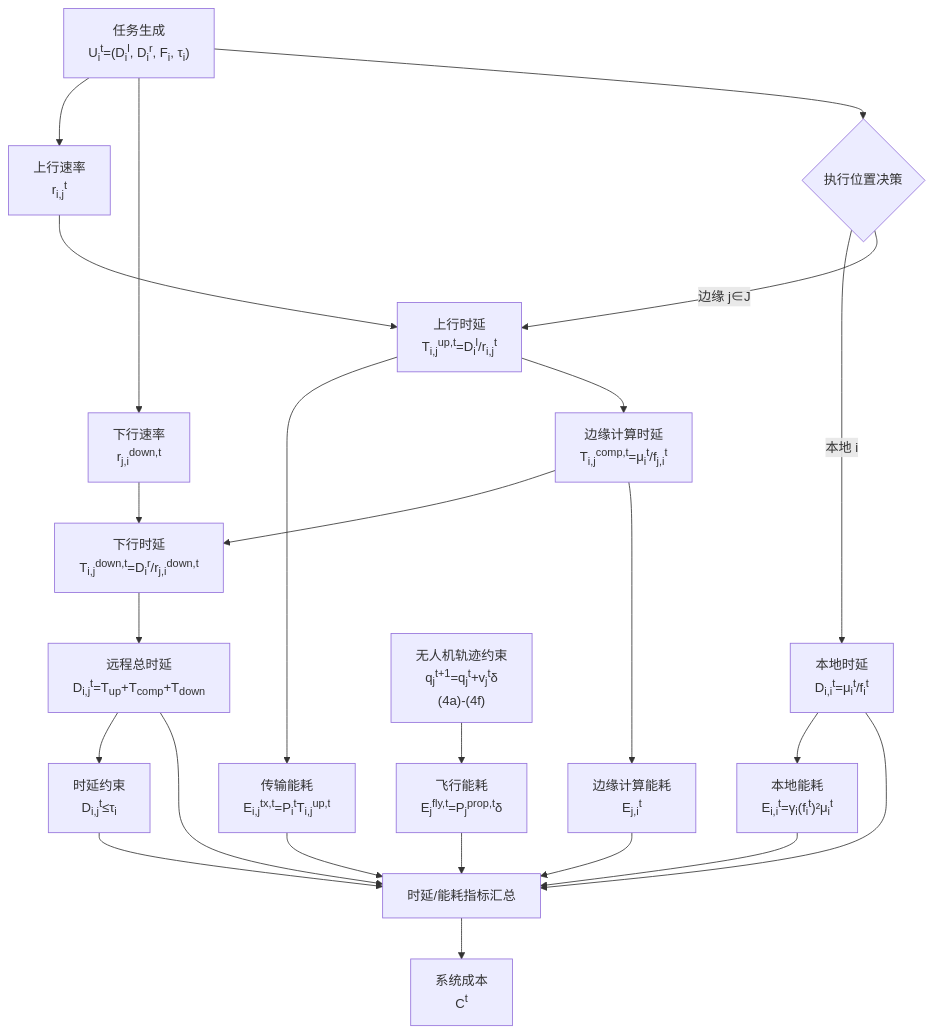
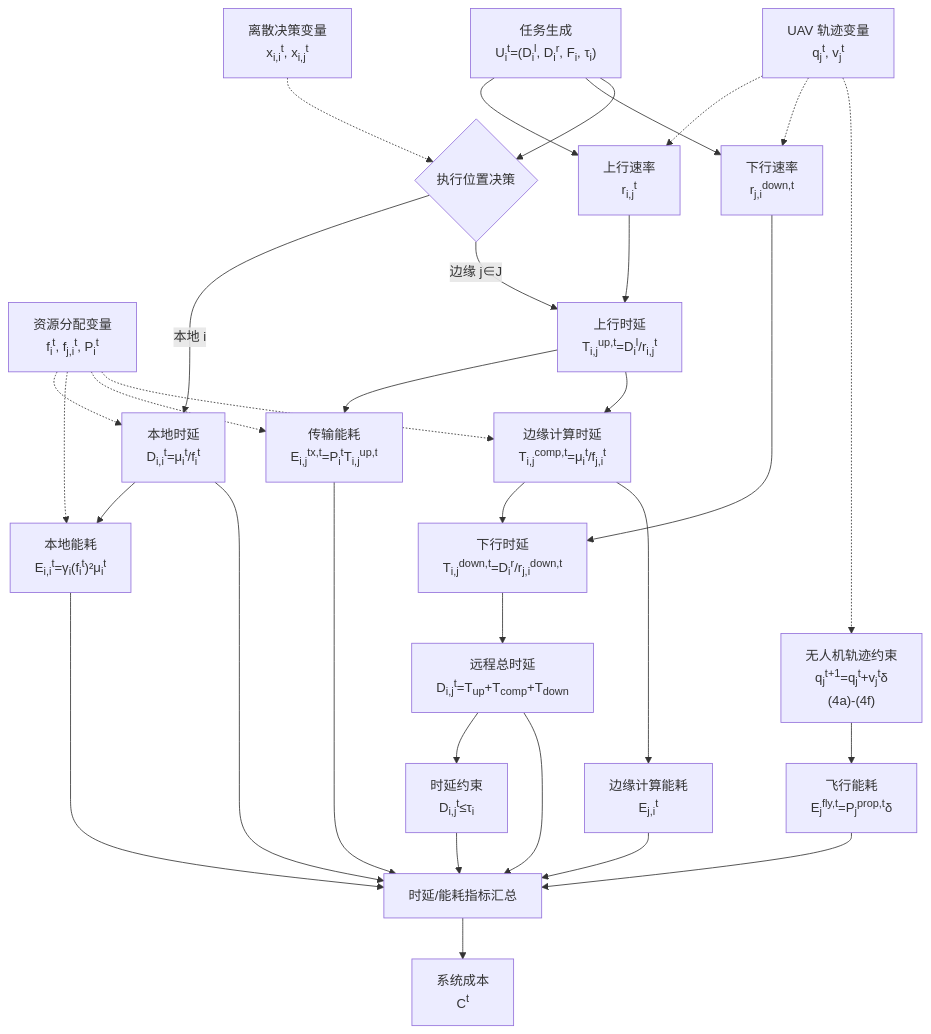
Before and after one commit to Daisy-1515/llm-guided-mod-optimization: the diagram in 文档/公式.md, drawn with Mermaid.

Commit message:
更新流程图：添加优化变量节点
- 添加三个优化变量节点（X, Y, Z）
- X: 离散决策变量 x_{i,i}^t, x_{i,j}^t
- Y: 资源分配变量 f_i^t, f_{j,i}^t, P_i^t
- Z: UAV 轨迹变量 q_j^t, v_j^t
- 使用虚线箭头连接变量到其影响的计算节点

````diff
--- a/文档/公式.md
+++ b/文档/公式.md
@@ -339,40 +339,51 @@
 ```mermaid
 flowchart TD
     A["任务生成<br/>U<sub>i</sub><sup>t</sup>=(D<sub>i</sub><sup>l</sup>, D<sub>i</sub><sup>r</sup>, F<sub>i</sub>, τ<sub>i</sub>)"]
     B["上行速率<br/>r<sub>i,j</sub><sup>t</sup>"]
     B2["下行速率<br/>r<sub>j,i</sub><sup>down,t</sup>"]
     C{"执行位置决策"}
+    X["离散决策变量<br/>x<sub>i,i</sub><sup>t</sup>, x<sub>i,j</sub><sup>t</sup>"]
+    Y["资源分配变量<br/>f<sub>i</sub><sup>t</sup>, f<sub>j,i</sub><sup>t</sup>, P<sub>i</sub><sup>t</sup>"]
+    Z["UAV 轨迹变量<br/>q<sub>j</sub><sup>t</sup>, v<sub>j</sub><sup>t</sup>"]
 
     A --> B
     A --> B2
     A --> C
+    X -.-> C
+    Z -.-> B
+    Z -.-> B2
 
     C -->|本地 i| D["本地时延<br/>D<sub>i,i</sub><sup>t</sup>=μ<sub>i</sub><sup>t</sup>/f<sub>i</sub><sup>t</sup>"]
     D --> F["本地能耗<br/>E<sub>i,i</sub><sup>t</sup>=γ<sub>i</sub>(f<sub>i</sub><sup>t</sup>)²μ<sub>i</sub><sup>t</sup>"]
 
     C -->|边缘 j∈J| U1["上行时延<br/>T<sub>i,j</sub><sup>up,t</sup>=D<sub>i</sub><sup>l</sup>/r<sub>i,j</sub><sup>t</sup>"]
     B --> U1
     U1 --> TX["传输能耗<br/>E<sub>i,j</sub><sup>tx,t</sup>=P<sub>i</sub><sup>t</sup>T<sub>i,j</sub><sup>up,t</sup>"]
     U1 --> U2["边缘计算时延<br/>T<sub>i,j</sub><sup>comp,t</sup>=μ<sub>i</sub><sup>t</sup>/f<sub>j,i</sub><sup>t</sup>"]
+    Y -.-> D
+    Y -.-> F
+    Y -.-> TX
+    Y -.-> U2
     U2 --> U3["下行时延<br/>T<sub>i,j</sub><sup>down,t</sup>=D<sub>i</sub><sup>r</sup>/r<sub>j,i</sub><sup>down,t</sup>"]
     B2 --> U3
 
     U3 --> R1["远程总时延<br/>D<sub>i,j</sub><sup>t</sup>=T<sub>up</sub>+T<sub>comp</sub>+T<sub>down</sub>"]
     R1 --> K["时延约束<br/>D<sub>i,j</sub><sup>t</sup>≤τ<sub>i</sub>"]
 
     U2 --> E["边缘计算能耗<br/>E<sub>j,i</sub><sup>t</sup>"]
     H["无人机轨迹约束<br/>q<sub>j</sub><sup>t+1</sup>=q<sub>j</sub><sup>t</sup>+v<sub>j</sub><sup>t</sup>δ<br/>(4a)-(4f)"]
     G["飞行能耗<br/>E<sub>j</sub><sup>fly,t</sup>=P<sub>j</sub><sup>prop,t</sup>δ"]
 
     H --> G
+    Z -.-> H
 
     D --> I["时延/能耗指标汇总"]
     R1 --> I
     F --> I
     TX --> I
     E --> I
     G --> I
     K --> I
 
     I --> J["系统成本<br/>C<sup>t</sup>"]
 ```
````
